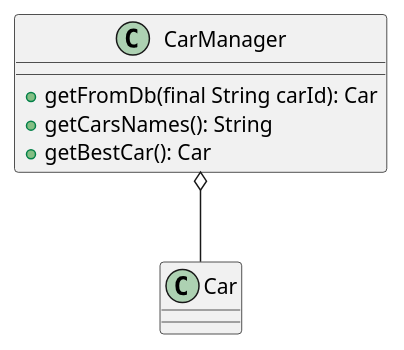
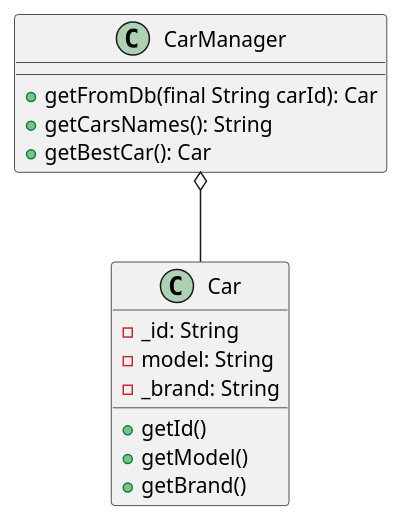
Before and after one commit to Driramohamedfarouk/TP1_Software_Architecture: the diagram in src/SRP/exercice/srp_old.puml, drawn with PlantUML. The commit also changed 6 other files, not shown here.

```diff
--- a/src/SRP/exercice/srp_old.puml
+++ b/src/SRP/exercice/srp_old.puml
@@ -1,12 +1,19 @@
 @startuml
 class CarManager{
     + getFromDb(final String carId): Car
     + getCarsNames(): String
     + getBestCar(): Car
 }
 
-class Car
+class Car{
+-  _id: String
+- model: String
+- _brand: String
++ getId()
++ getModel()
++ getBrand()
+}
 
 CarManager o-- Car
 
 @enduml
```
